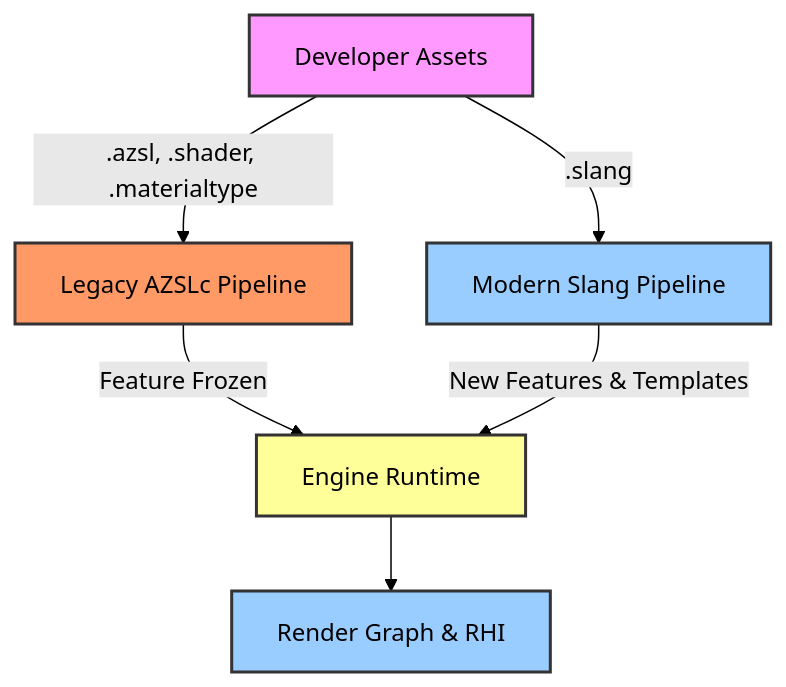
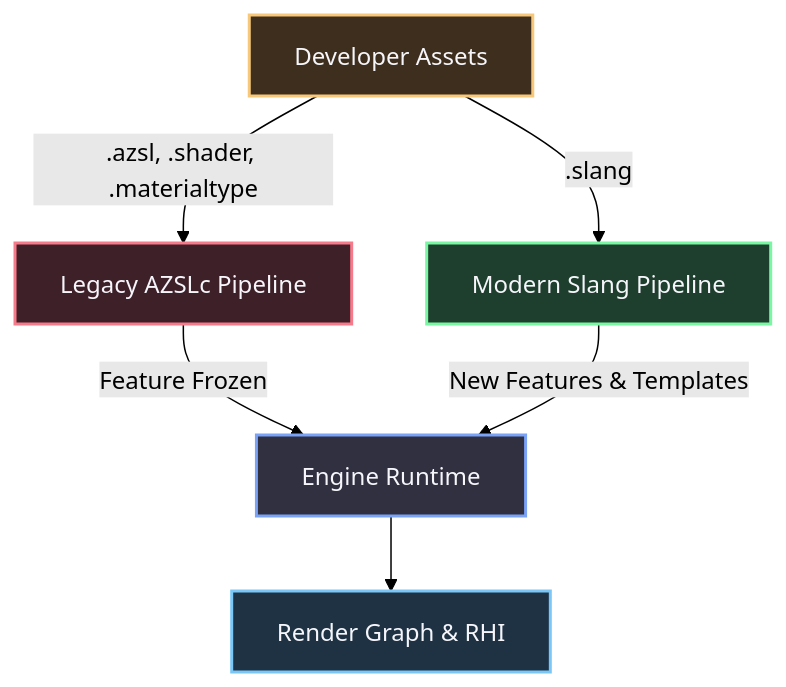
One commit to Astin-A/the-workshop changed the fourth of 4 diagrams in content/Engine shit/O3DE/Atomic/7 The Slang Shader & Material Compiler Pipeline.md. Above: the diagram before and after it, drawn with Mermaid (forest theme). The commit also changed other lines of this file and 24 other files, not shown here.

````diff
--- a/content/Engine shit/O3DE/Atomic/7 The Slang Shader & Material Compiler Pipeline.md
+++ b/content/Engine shit/O3DE/Atomic/7 The Slang Shader & Material Compiler Pipeline.md
@@ -229,14 +240,20 @@
 ```mermaid
 graph TD
     A[Developer Assets] -->|.azsl, .shader, .materialtype| B[Legacy AZSLc Pipeline]
     A -->|.slang| C[Modern Slang Pipeline]
     B -->|Feature Frozen| D[Engine Runtime]
     C -->|New Features & Templates| D
     D --> E[Render Graph & RHI]
-    
-    style A fill:#f9f,stroke:#333,stroke-width:2px,color:#000
-    style B fill:#f96,stroke:#333,stroke-width:2px,color:#000
-    style C fill:#9cf,stroke:#333,stroke-width:2px,color:#000
-    style D fill:#ff9,stroke:#333,stroke-width:2px,color:#000
-    style E fill:#9cf,stroke:#333,stroke-width:2px,color:#000
+
+    classDef warning fill:#3e2e1e,stroke:#f7c87a,stroke-width:2px,color:#f5f5fa;
+    classDef danger fill:#3e2028,stroke:#f77a8a,stroke-width:2px,color:#f5f5fa;
+    classDef success fill:#1e3f2e,stroke:#7af7a2,stroke-width:2px,color:#f5f5fa;
+    classDef default fill:#303040,stroke:#7aa2f7,stroke-width:2px,color:#f5f5fa;
+    classDef info fill:#1e3244,stroke:#7ac7f7,stroke-width:2px,color:#f5f5fa;
+
+    class A warning;
+    class B danger;
+    class C success;
+    class D default;
+    class E info;
 ```
````
